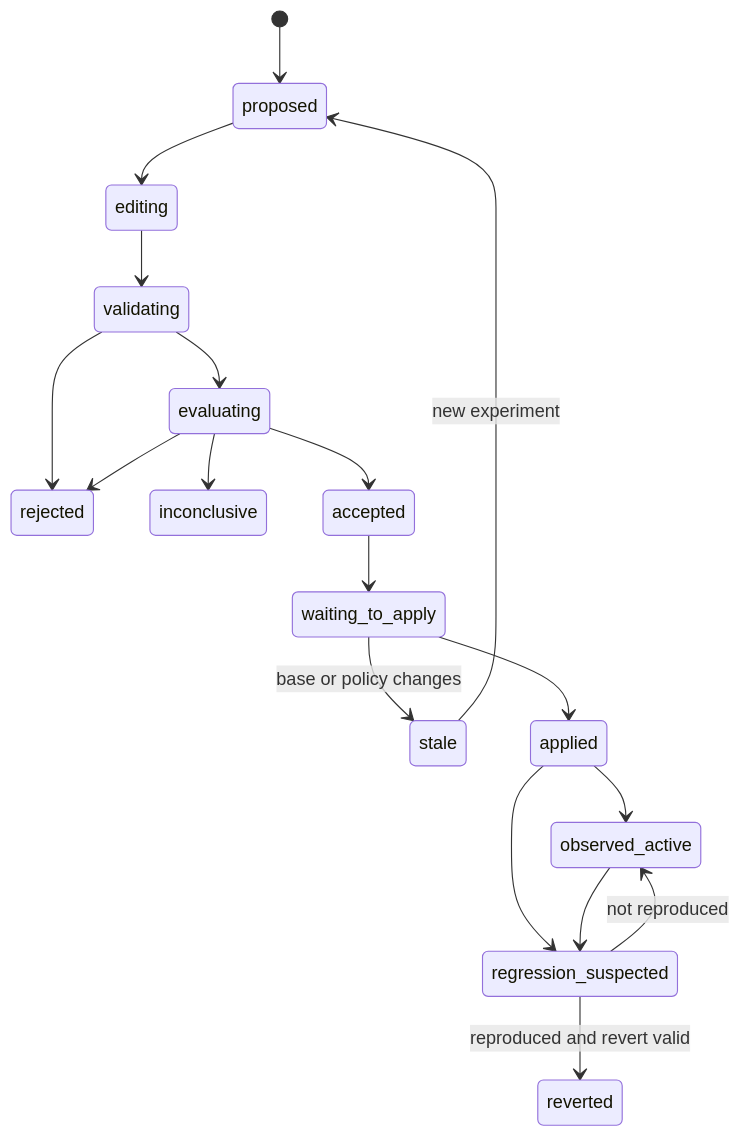
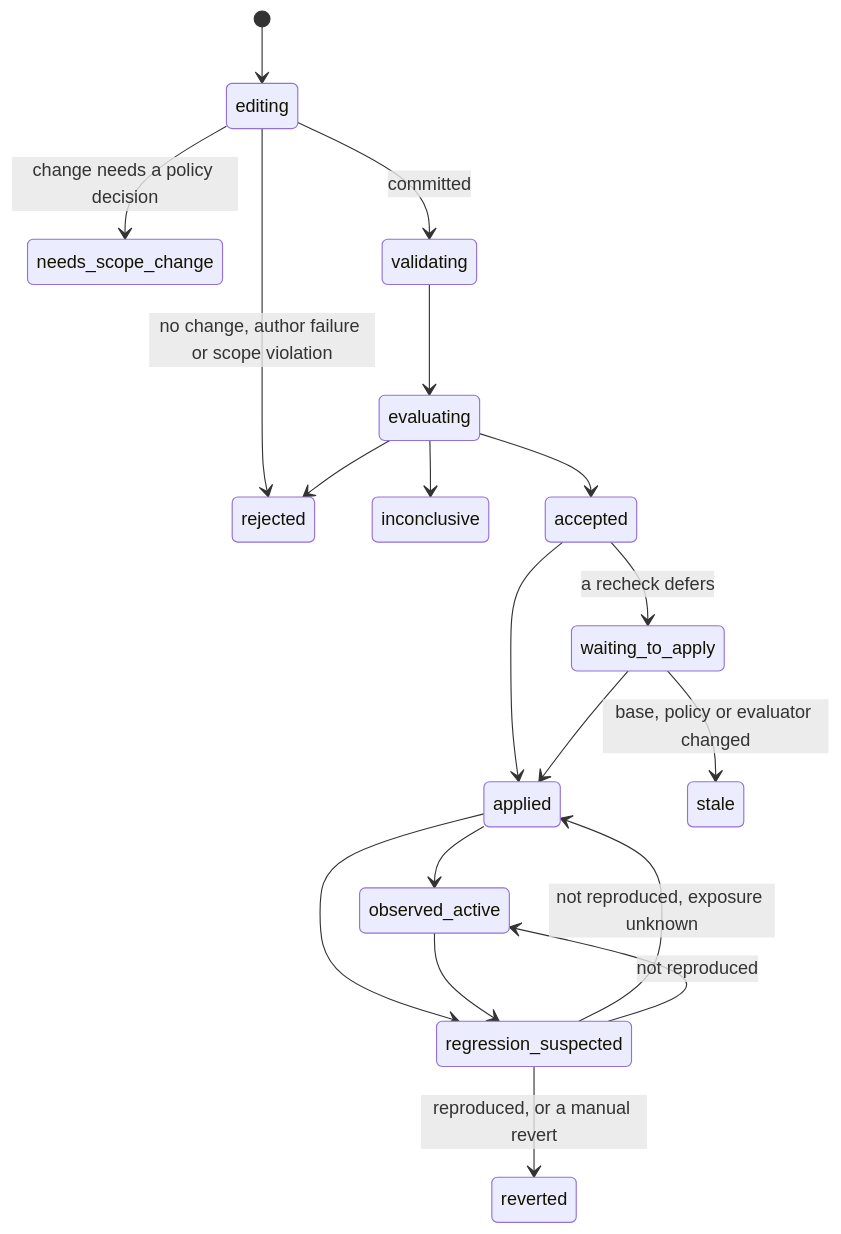
The second of 2 diagrams in docs/ARCHITECTURE.md (timini/claude-autotune), drawn with Mermaid before and after one commit. The commit also changed other lines of this file and 232 other files, not shown here.

````diff
--- a/docs/ARCHITECTURE.md
+++ b/docs/ARCHITECTURE.md
@@ -138,20 +209,21 @@
 ```mermaid
 stateDiagram-v2
-    [*] --> proposed
-    proposed --> editing
-    editing --> validating
+    [*] --> editing
+    editing --> rejected: no change, author failure or scope violation
+    editing --> needs_scope_change: change needs a policy decision
+    editing --> validating: committed
     validating --> evaluating
-    validating --> rejected
     evaluating --> rejected
     evaluating --> inconclusive
     evaluating --> accepted
-    accepted --> waiting_to_apply
-    waiting_to_apply --> stale: base or policy changes
+    accepted --> waiting_to_apply: a recheck defers
+    accepted --> applied
     waiting_to_apply --> applied
+    waiting_to_apply --> stale: base, policy or evaluator changed
     applied --> observed_active
     applied --> regression_suspected
     observed_active --> regression_suspected
-    regression_suspected --> reverted: reproduced and revert valid
+    regression_suspected --> reverted: reproduced, or a manual revert
+    regression_suspected --> applied: not reproduced, exposure unknown
     regression_suspected --> observed_active: not reproduced
-    stale --> proposed: new experiment
 ```
````
